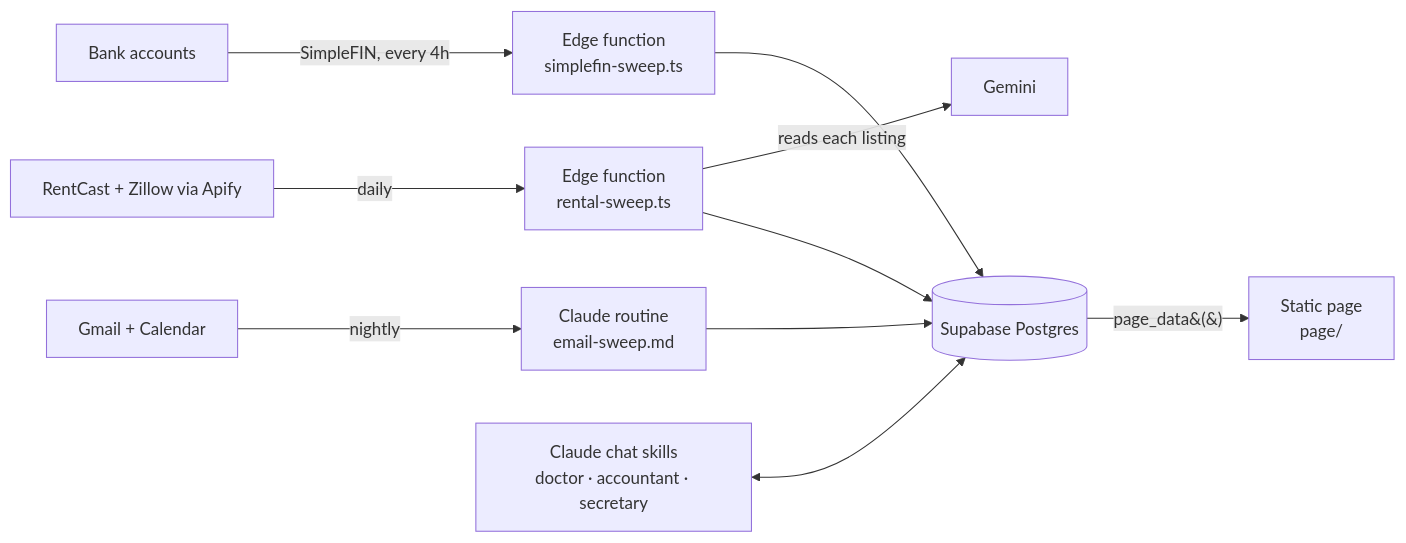
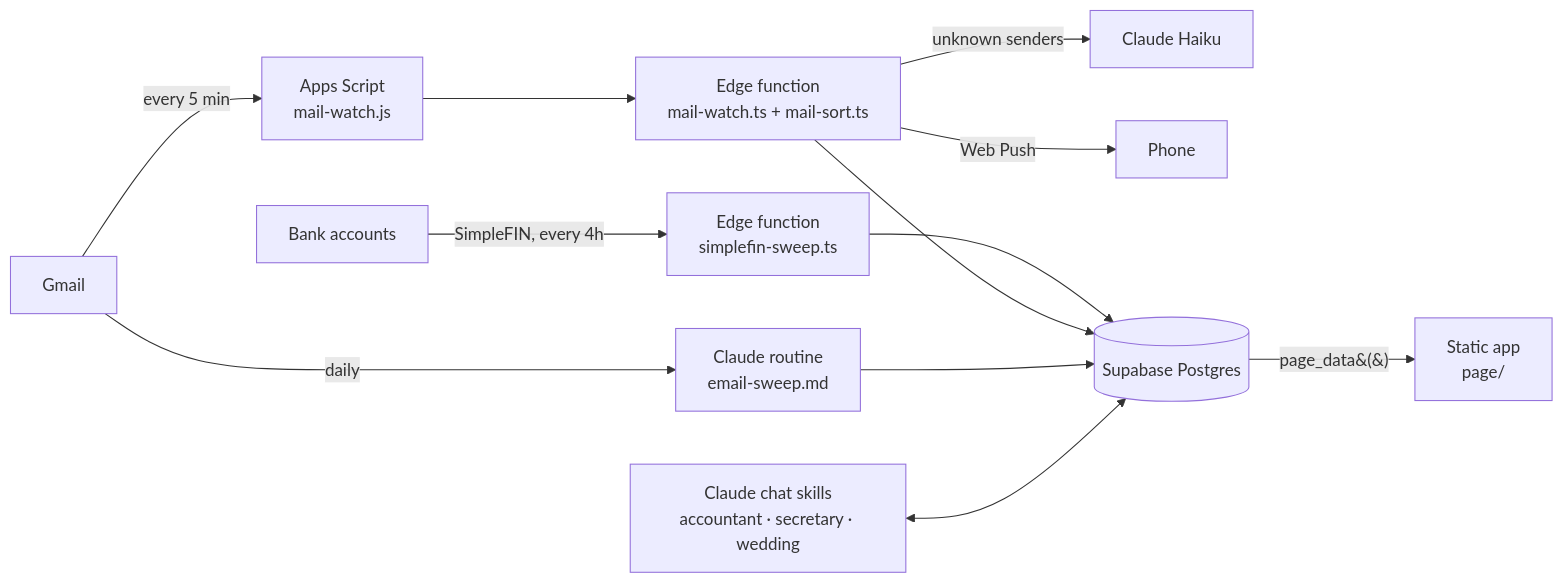
One commit to AJ-Protzel/tracking-engine-showcase changed the diagram in README.md. Above: the diagram before and after it, drawn with Mermaid. The commit also changed other lines of this file and 12 other files, not shown here.

First line of the commit message:
Refresh database and sweeps from the live system on demo names; add the mail watch and its tests; retire the rental sweep; rewrite the README for Norns

````diff
--- a/README.md
+++ b/README.md
@@ -27,12 +29,14 @@
 ```mermaid
 flowchart LR
   bank[Bank accounts] -->|SimpleFIN, every 4h| fn[Edge function<br/>simplefin-sweep.ts]
-  gmail[Gmail + Calendar] -->|nightly| routine[Claude routine<br/>email-sweep.md]
-  feed[RentCast + Zillow via Apify] -->|daily| rent[Edge function<br/>rental-sweep.ts]
-  rent -->|reads each listing| gem[Gemini]
+  gmail[Gmail] -->|every 5 min| gs[Apps Script<br/>mail-watch.js]
+  gs --> mw[Edge function<br/>mail-watch.ts + mail-sort.ts]
+  mw -->|unknown senders| haiku[Claude Haiku]
+  mw -->|Web Push| phone[Phone]
+  gmail -->|daily| routine[Claude routine<br/>email-sweep.md]
   fn --> db[(Supabase Postgres)]
+  mw --> db
   routine --> db
-  rent --> db
-  chat[Claude chat skills<br/>doctor · accountant · secretary] <--> db
-  db -->|page_data&#40;&#41;| page[Static page<br/>page/]
+  chat[Claude chat skills<br/>accountant · secretary · wedding] <--> db
+  db -->|page_data&#40;&#41;| page[Static app<br/>page/]
 ```
````
